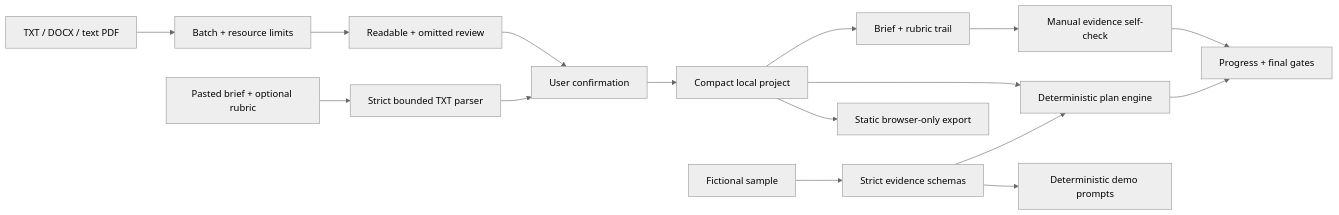
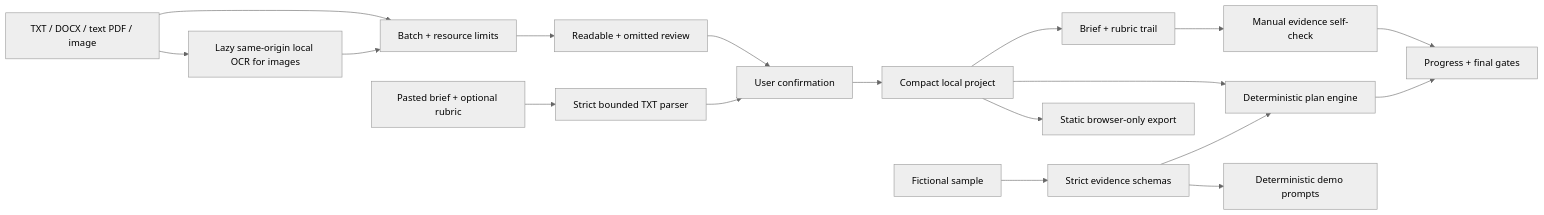
The diagram in README.md (Sion612/rubrictrail), drawn with Mermaid (neutral theme) before and after one commit. The commit also changed other lines of this file and 37 other files, not shown here.

Commit message:
feat: add local image OCR intake (#32)

````diff
--- a/README.md
+++ b/README.md
@@ -287,18 +290,20 @@
 ```mermaid
 flowchart LR
-  A["TXT / DOCX / text PDF"] --> B["Batch + resource limits"]
+  A["TXT / DOCX / text PDF / image"] --> B["Batch + resource limits"]
+  A --> O["Lazy same-origin local OCR for images"]
+  O --> B
   B --> R["Readable + omitted review"]
   P["Pasted brief + optional rubric"] --> T["Strict bounded TXT parser"]
   R --> C["User confirmation"]
   T --> C
   C --> D["Compact local project"]
   D --> E["Brief + rubric trail"]
   D --> F["Deterministic plan engine"]
   E --> G["Manual evidence self-check"]
   F --> H["Progress + final gates"]
   G --> H
   S["Fictional sample"] --> I["Strict evidence schemas"]
   I --> F
   I --> J["Deterministic demo prompts"]
   D --> K["Static browser-only export"]
 ```
````
